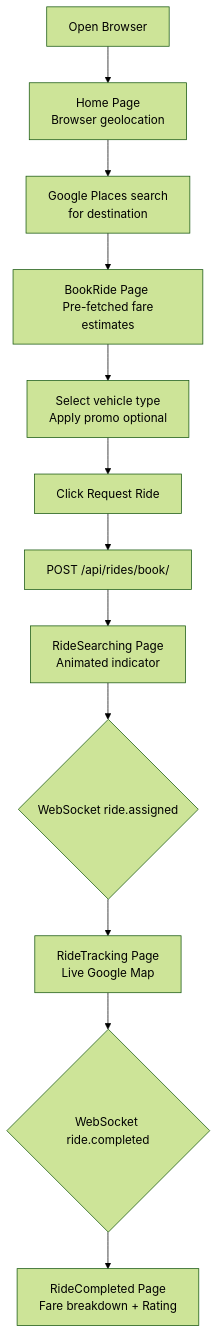
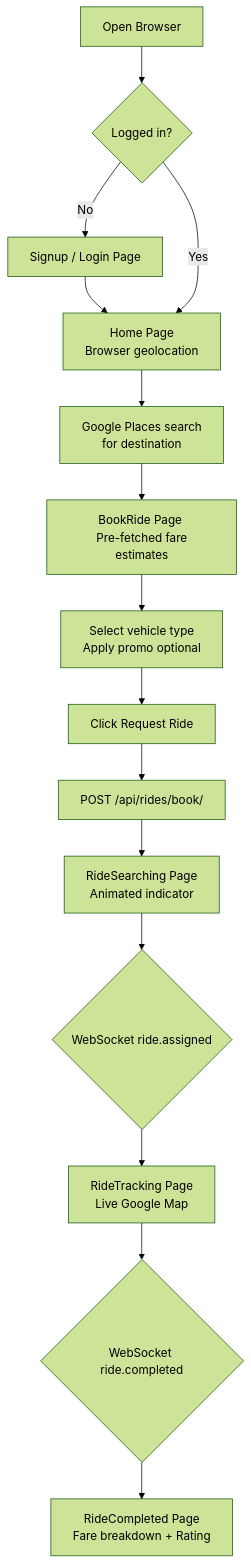
One commit to sanjaikumarask/uber--clone changed the diagram in docs/13.Rider_Web/6.Workflows/Web_Booking_Flow.md. Above: the diagram before and after it, drawn with Mermaid (forest theme). The commit also changed 116 other files, not shown here.

````diff
--- a/docs/13.Rider_Web/6.Workflows/Web_Booking_Flow.md
+++ b/docs/13.Rider_Web/6.Workflows/Web_Booking_Flow.md
@@ -44,14 +44,17 @@
 ```mermaid
 flowchart TD
-A[Open Browser] --> B[Home Page <br/> Browser geolocation]
+A[Open Browser] --> Z{Logged in?}
+Z -->|No| Y[Signup / Login Page]
+Y --> B
+Z -->|Yes| B[Home Page <br/> Browser geolocation]
 B --> C[Google Places search <br/> for destination]
 C --> D[BookRide Page <br/> Pre-fetched fare estimates]
 D --> E[Select vehicle type <br/> Apply promo optional]
 E --> F[Click Request Ride]
 F --> G[POST /api/rides/book/]
 G --> H[RideSearching Page <br/> Animated indicator]
 H --> I{WebSocket ride.assigned}
 I --> J[RideTracking Page <br/> Live Google Map]
 J --> K{WebSocket ride.completed}
 K --> L[RideCompleted Page <br/> Fare breakdown + Rating]
 ```
````
